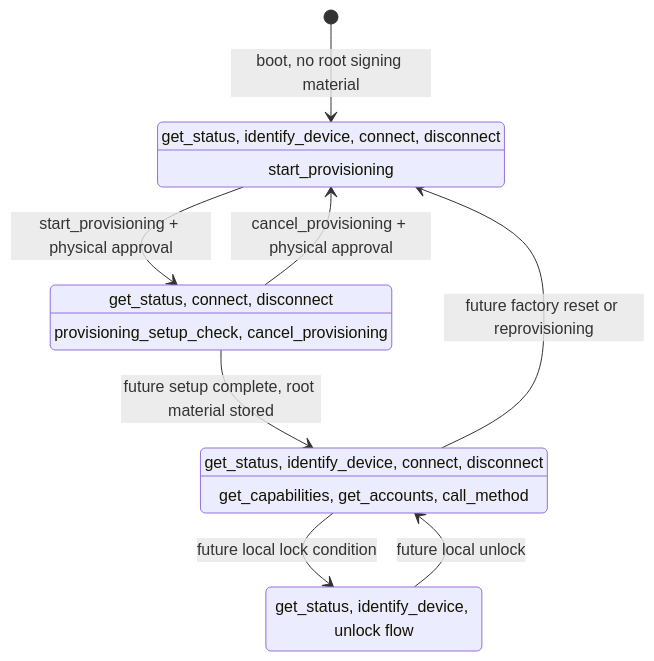
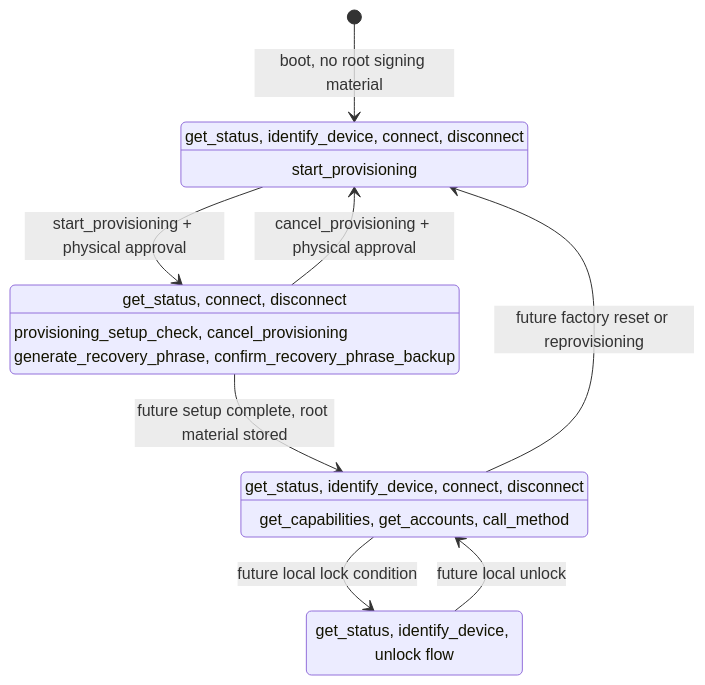
One commit to stelis-dev/agent-q changed the first of 2 diagrams in docs/STATE_MODEL.md. Above: the diagram before and after it, drawn with Mermaid. The commit also changed other lines of this file and 24 other files, not shown here.

Commit message:
Add provisioning mnemonic setup flow

````diff
--- a/docs/STATE_MODEL.md
+++ b/docs/STATE_MODEL.md
@@ -33,18 +33,19 @@
 ```mermaid
 stateDiagram-v2
     [*] --> Unprovisioned: boot, no root signing material
     Unprovisioned --> Provisioning: start_provisioning + physical approval
     Provisioning --> Unprovisioned: cancel_provisioning + physical approval
     Provisioning --> Provisioned: future setup complete, root material stored
     Provisioned --> Locked: future local lock condition
     Locked --> Provisioned: future local unlock
     Provisioned --> Unprovisioned: future factory reset or reprovisioning
 
     Unprovisioned: get_status, identify_device, connect, disconnect
     Unprovisioned: start_provisioning
     Provisioning: get_status, connect, disconnect
     Provisioning: provisioning_setup_check, cancel_provisioning
+    Provisioning: generate_recovery_phrase, confirm_recovery_phrase_backup
     Provisioned: get_status, identify_device, connect, disconnect
     Provisioned: get_capabilities, get_accounts, call_method
     Locked: get_status, identify_device, unlock flow
 ```
````
